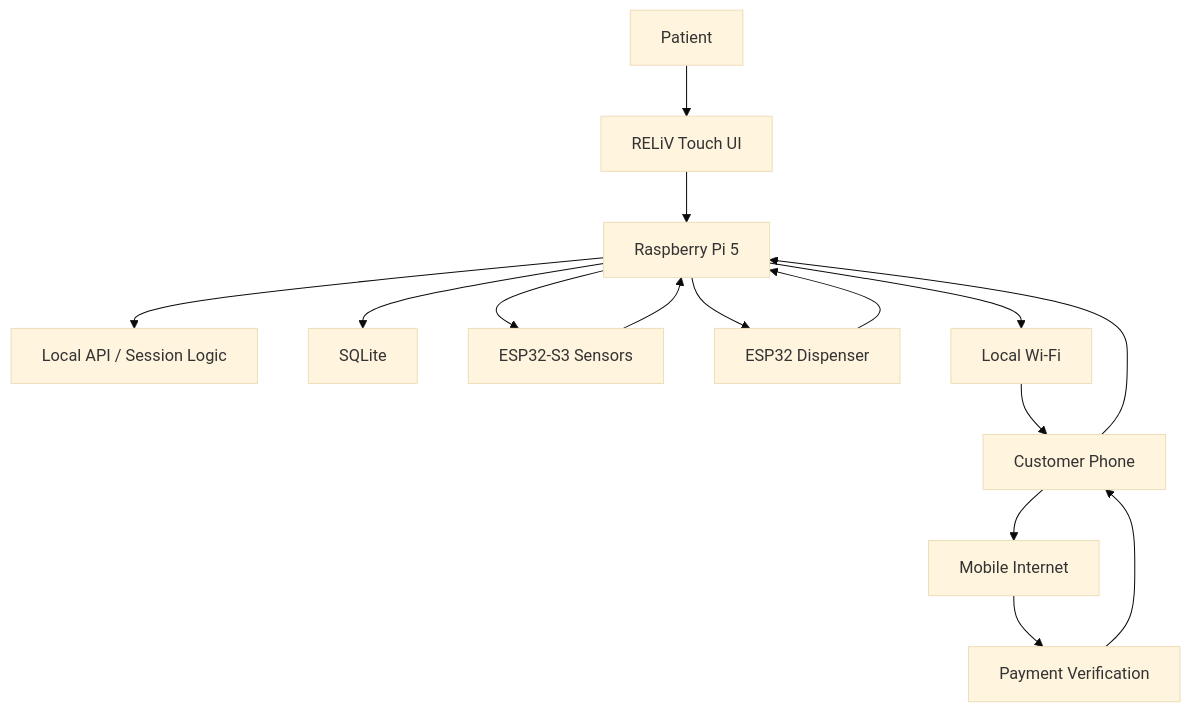
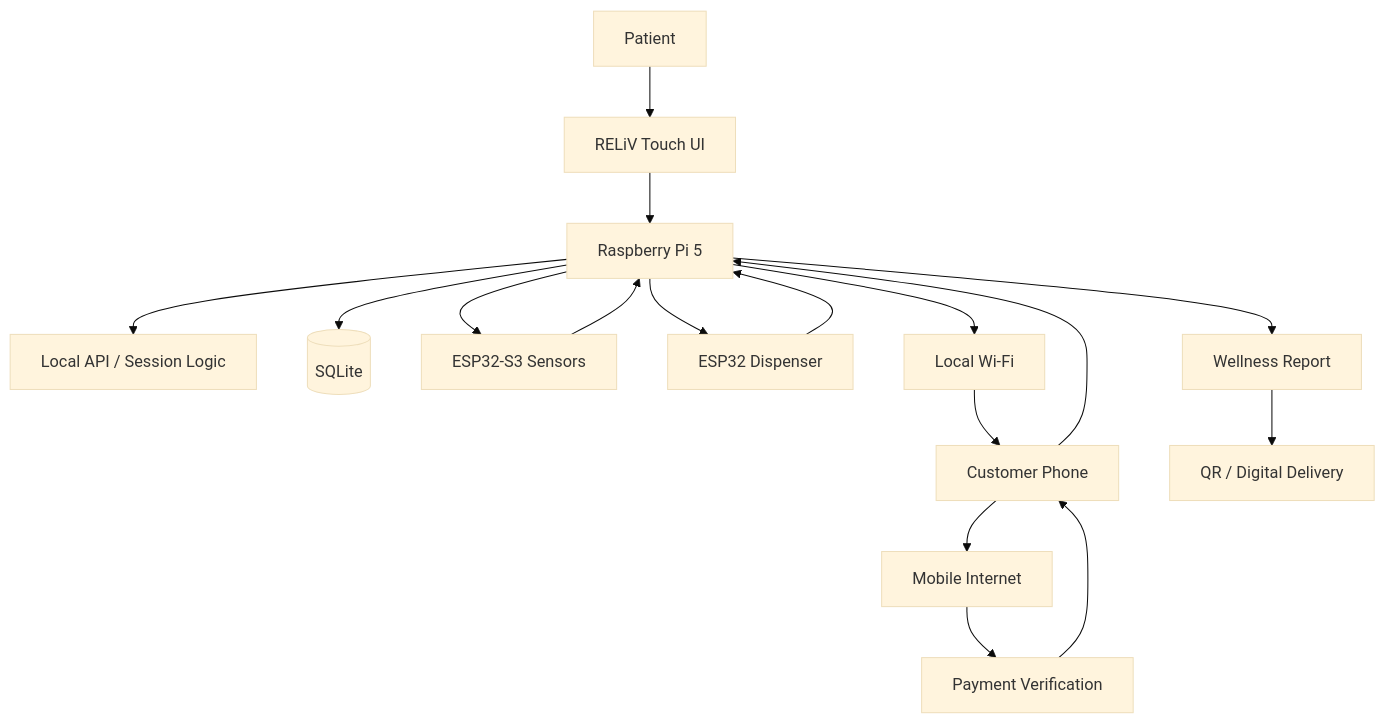
The diagram in docs/architecture/system-architecture.md (Vaibhavcool4805/Reliv), drawn with Mermaid (base theme) before and after one commit. The commit also changed other lines of this file, not shown here.

Commit message:
Update RELiV architecture for deployment-ready prototype

````diff
--- a/docs/architecture/system-architecture.md
+++ b/docs/architecture/system-architecture.md
@@ -7,17 +7,20 @@
 ```mermaid
 flowchart TD
     A[Patient] --> B[RELiV Touch UI]
     B --> C[Raspberry Pi 5]
     C --> D[Local API / Session Logic]
-    C --> E[SQLite]
+    C --> E[(SQLite)]
     C --> F[ESP32-S3 Sensors]
     C --> G[ESP32 Dispenser]
     F --> C
     G --> C
     C --> H[Local Wi-Fi]
     H --> I[Customer Phone]
     I --> J[Mobile Internet]
     J --> K[Payment Verification]
     K --> I
     I --> C
+
+    C --> R[Wellness Report]
+    R --> Q[QR / Digital Delivery]
 ```
````
